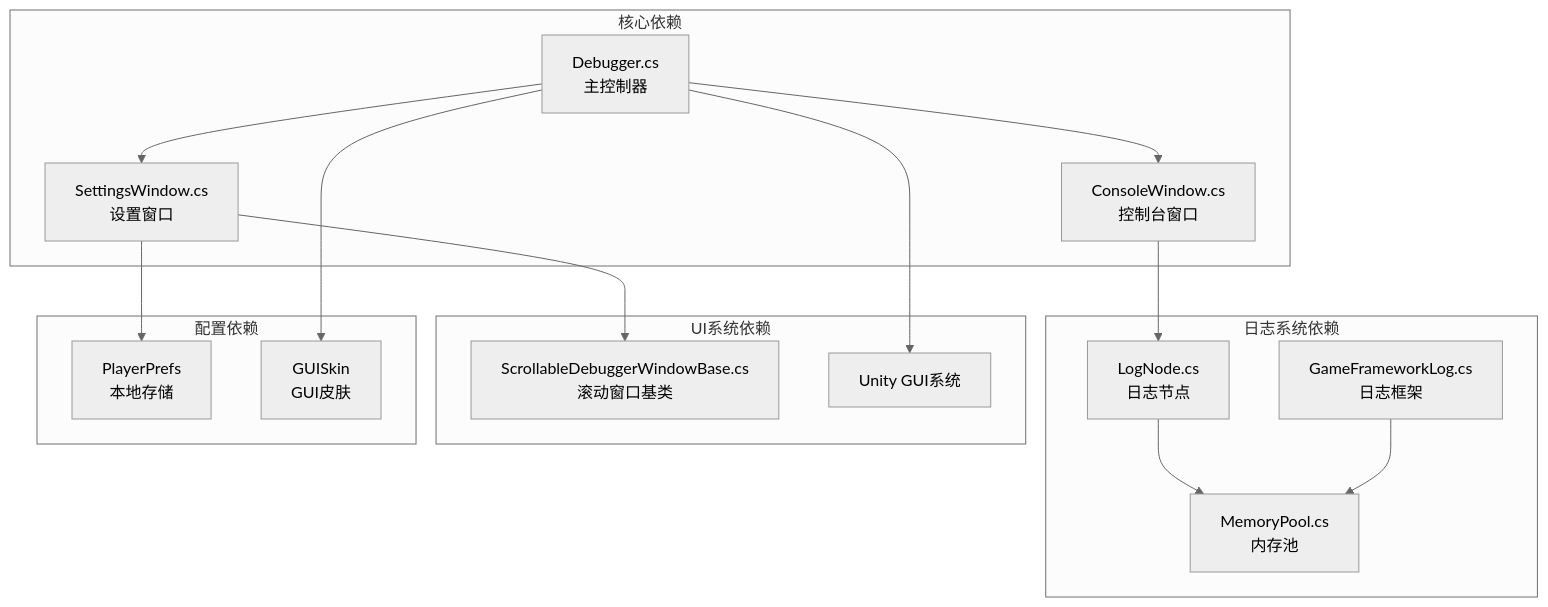
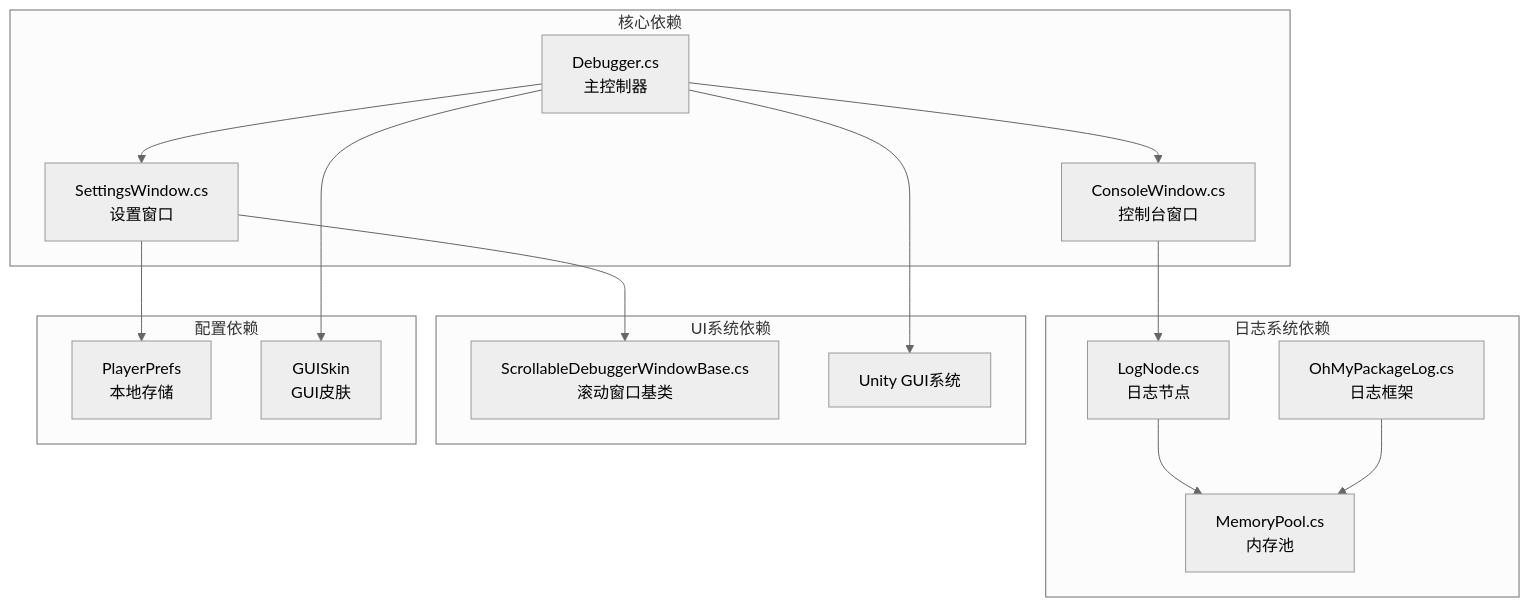
One commit to OxygenIsland/MyGame changed the ninth of 9 diagrams in repowiki/zh/content/性能优化/性能监控系统/调试器监控功能/控制台设置面板.md. Above: the diagram before and after it, drawn with Mermaid (neutral theme). The commit also changed other lines of this file and 34 other files, not shown here.

````diff
--- a/repowiki/zh/content/性能优化/性能监控系统/调试器监控功能/控制台设置面板.md
+++ b/repowiki/zh/content/性能优化/性能监控系统/调试器监控功能/控制台设置面板.md
@@ -401,30 +401,30 @@
 ```mermaid
 graph TB
 subgraph "核心依赖"
 Debugger[Debugger.cs<br/>主控制器]
 ConsoleWindow[ConsoleWindow.cs<br/>控制台窗口]
 SettingsWindow[SettingsWindow.cs<br/>设置窗口]
 end
 subgraph "日志系统依赖"
 LogNode[LogNode.cs<br/>日志节点]
 MemoryPool[MemoryPool.cs<br/>内存池]
-GameFrameworkLog[GameFrameworkLog.cs<br/>日志框架]
+OhMyPackageLog[OhMyPackageLog.cs<br/>日志框架]
 end
 subgraph "UI系统依赖"
 ScrollableWindow[ScrollableDebuggerWindowBase.cs<br/>滚动窗口基类]
 UnityGUI[Unity GUI系统]
 end
 subgraph "配置依赖"
 PlayerPrefs[PlayerPrefs<br/>本地存储]
 GUISkin[GUISkin<br/>GUI皮肤]
 end
 Debugger --> ConsoleWindow
 Debugger --> SettingsWindow
 ConsoleWindow --> LogNode
 LogNode --> MemoryPool
-GameFrameworkLog --> MemoryPool
+OhMyPackageLog --> MemoryPool
 SettingsWindow --> ScrollableWindow
 SettingsWindow --> PlayerPrefs
 Debugger --> UnityGUI
 Debugger --> GUISkin
 ```
````
